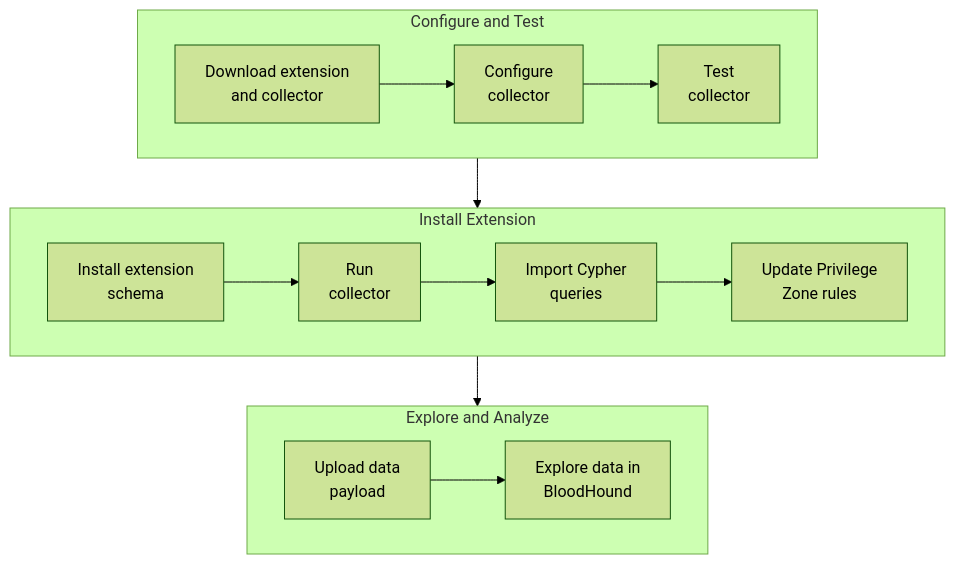
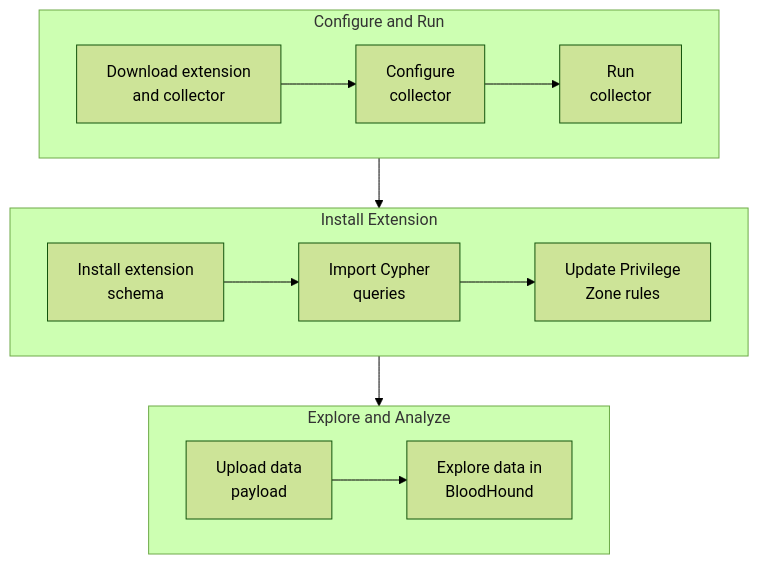
One commit to SpecterOps/bloodhound-docs changed the first of 2 diagrams in docs/opengraph/extensions/manage.mdx. Above: the diagram before and after it, drawn with Mermaid (forest theme). The commit also changed other lines of this file, not shown here.

Commit message:
wip: use sequence diagram for operational cycle

````diff
--- a/docs/opengraph/extensions/manage.mdx
+++ b/docs/opengraph/extensions/manage.mdx
@@ -107,21 +107,20 @@
 ```mermaid
 flowchart TB
-	subgraph prepare[Configure and Test]
+	subgraph prepare[Configure and Run]
 		a["Download extension<br/>and collector"]
         a-->b["Configure<br/> collector"]
-        b-->c["Test<br/>collector"]
+        b-->c["Run<br/>collector"]
     end
 
 	subgraph upload[Install Extension]
 		f["Install extension<br/>schema"]
-		f-->g["Run<br/>collector"]
-        g-->h["Import Cypher<br/>queries"]
-		h-->i["Update Privilege<br/>Zone rules"]
+        f-->g["Import Cypher<br/>queries"]
+		g-->h["Update Privilege<br/>Zone rules"]
 	end
 
 	subgraph use[Explore and Analyze]
-		j["Upload data<br/>payload"]
-		j-->k["Explore data in<br/>BloodHound"]
+		i["Upload data<br/>payload"]
+		i-->j["Explore data in<br/>BloodHound"]
 	end
     prepare-->upload-->use
 ```
````
